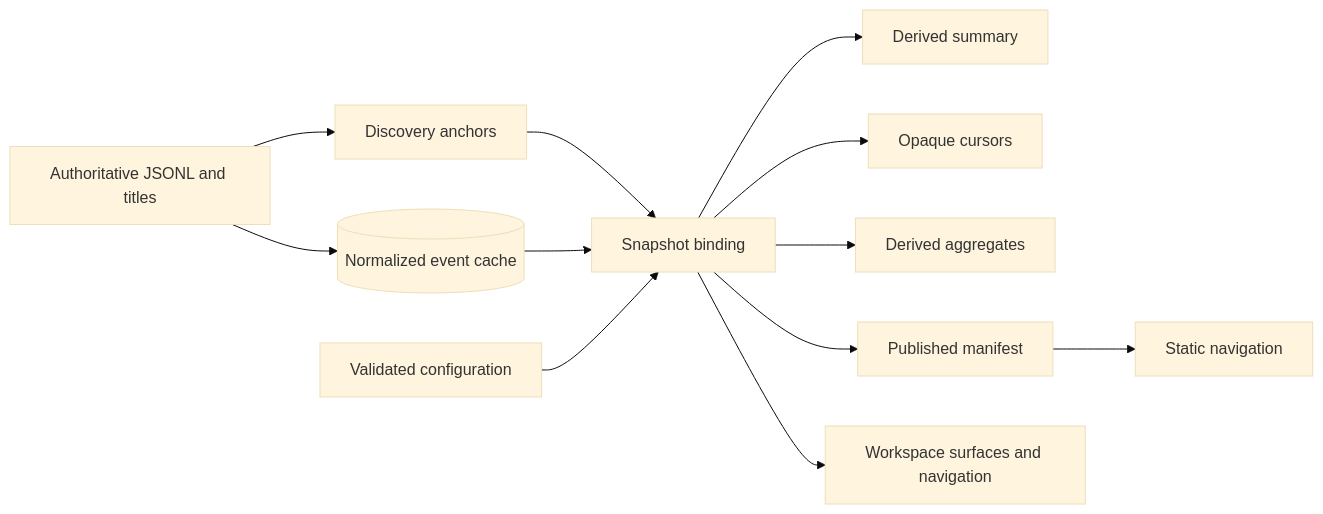
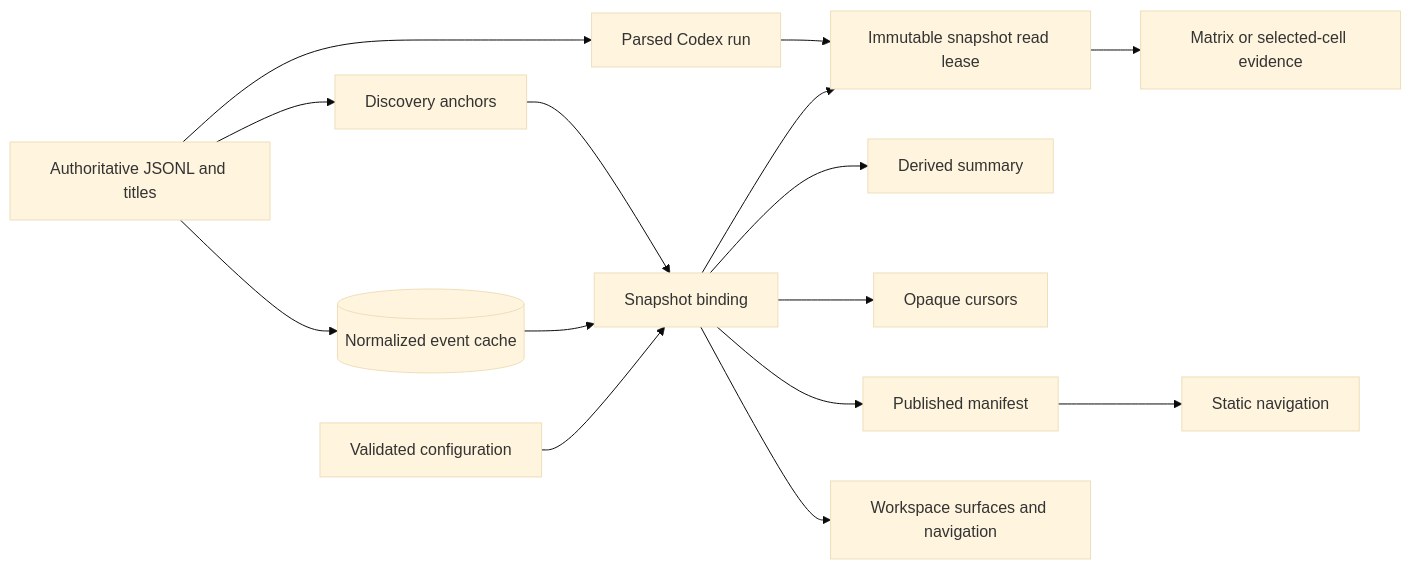
Before and after one commit to martinbechard/agent-runner: the second of 10 diagrams in docs/design/high-level/HLD-003-agent-report-dynamic-app-and-static-export.md, drawn with Mermaid (base theme). The commit also changed other lines of this file, not shown here.

Commit message:
docs: reconcile dynamic heatmap high-level design

````diff
--- a/docs/design/high-level/HLD-003-agent-report-dynamic-app-and-static-export.md
+++ b/docs/design/high-level/HLD-003-agent-report-dynamic-app-and-static-export.md
@@ -217,14 +221,17 @@
 ```mermaid
 flowchart LR
   Sources[Authoritative JSONL and titles] --> Discovery[Discovery anchors]
   Sources --> Events[(Normalized event cache)]
+  Sources --> ParsedRun[Parsed Codex run]
   Discovery --> Snapshot[Snapshot binding]
   Events --> Snapshot
+  ParsedRun --> Lease[Immutable snapshot read lease]
+  Snapshot --> Lease
+  Lease --> Heatmap[Matrix or selected-cell evidence]
   Snapshot --> Summary[Derived summary]
   Snapshot --> Cursor[Opaque cursors]
-  Snapshot --> Aggregate[Derived aggregates]
   Snapshot --> Manifest[Published manifest]
   Config[Validated configuration] --> Snapshot
   Snapshot --> Workspace[Workspace surfaces and navigation]
   Manifest --> StaticNav[Static navigation]
 ```
````
